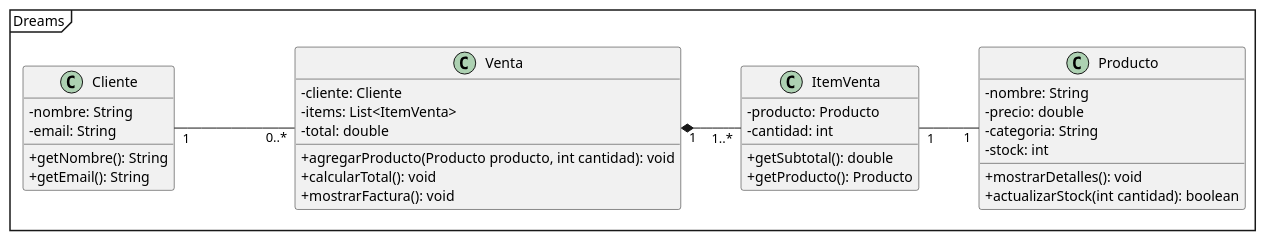
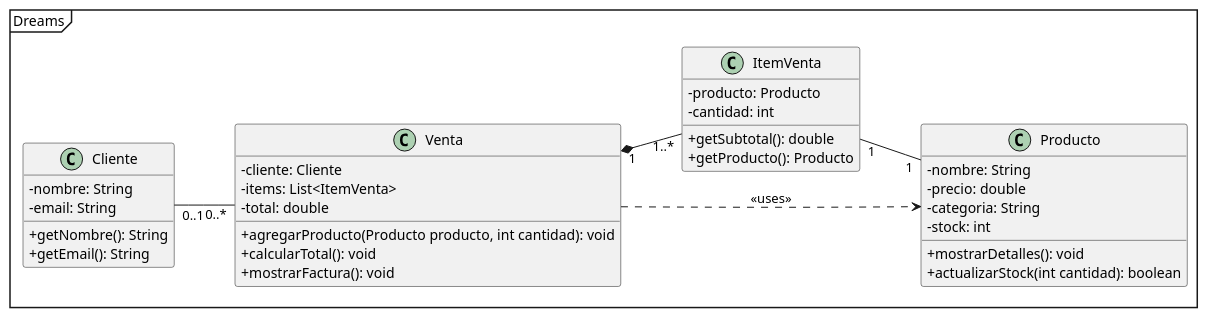
The diagram in docs/diagrams/src/dreams.wsd (jefecame/dreams), drawn with PlantUML before and after one commit.

```diff
--- a/docs/diagrams/src/dreams.wsd
+++ b/docs/diagrams/src/dreams.wsd
@@ -1,43 +1,44 @@
 @startuml dreams
 left to right direction
 skinparam classAttributeIconSize 0
 
 Mainframe Dreams
 
 class Cliente {
   - nombre: String
   - email: String
   + getNombre(): String
   + getEmail(): String
 }
 
 class Venta {
   - cliente: Cliente
   - items: List<ItemVenta>
   - total: double
   + agregarProducto(Producto producto, int cantidad): void
   + calcularTotal(): void
   + mostrarFactura(): void
 }
 
 class ItemVenta {
   - producto: Producto
   - cantidad: int
   + getSubtotal(): double
   + getProducto(): Producto
 }
 
 class Producto {
   - nombre: String
   - precio: double
   - categoria: String
   - stock: int
   + mostrarDetalles(): void
   + actualizarStock(int cantidad): boolean
 }
 
-Cliente "1" --- "0..*" Venta
+Cliente "0..1" -- "0..*" Venta
 Venta "1" *-- "1..*" ItemVenta
 ItemVenta "1" -- "1" Producto
+Venta ..> Producto : <<uses>>
 
 @enduml
```
